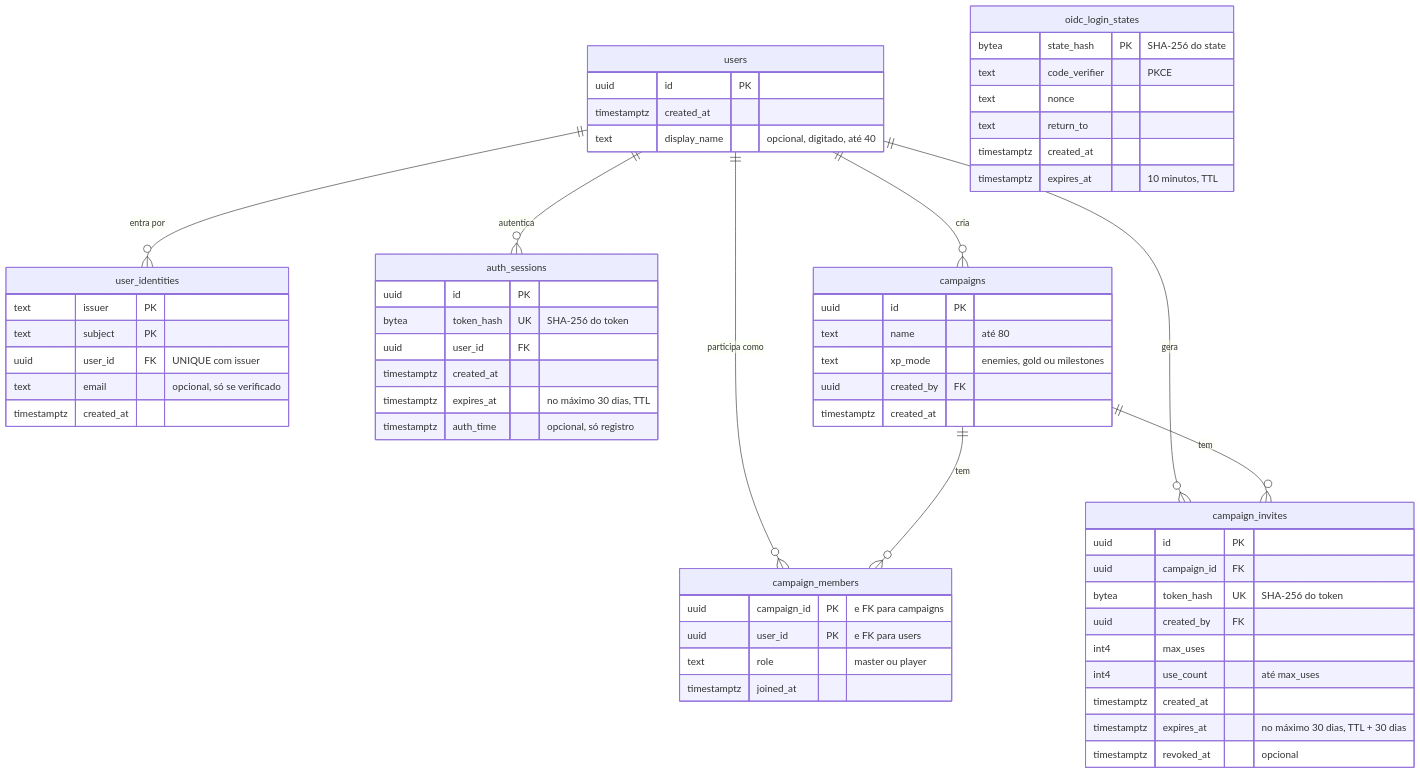
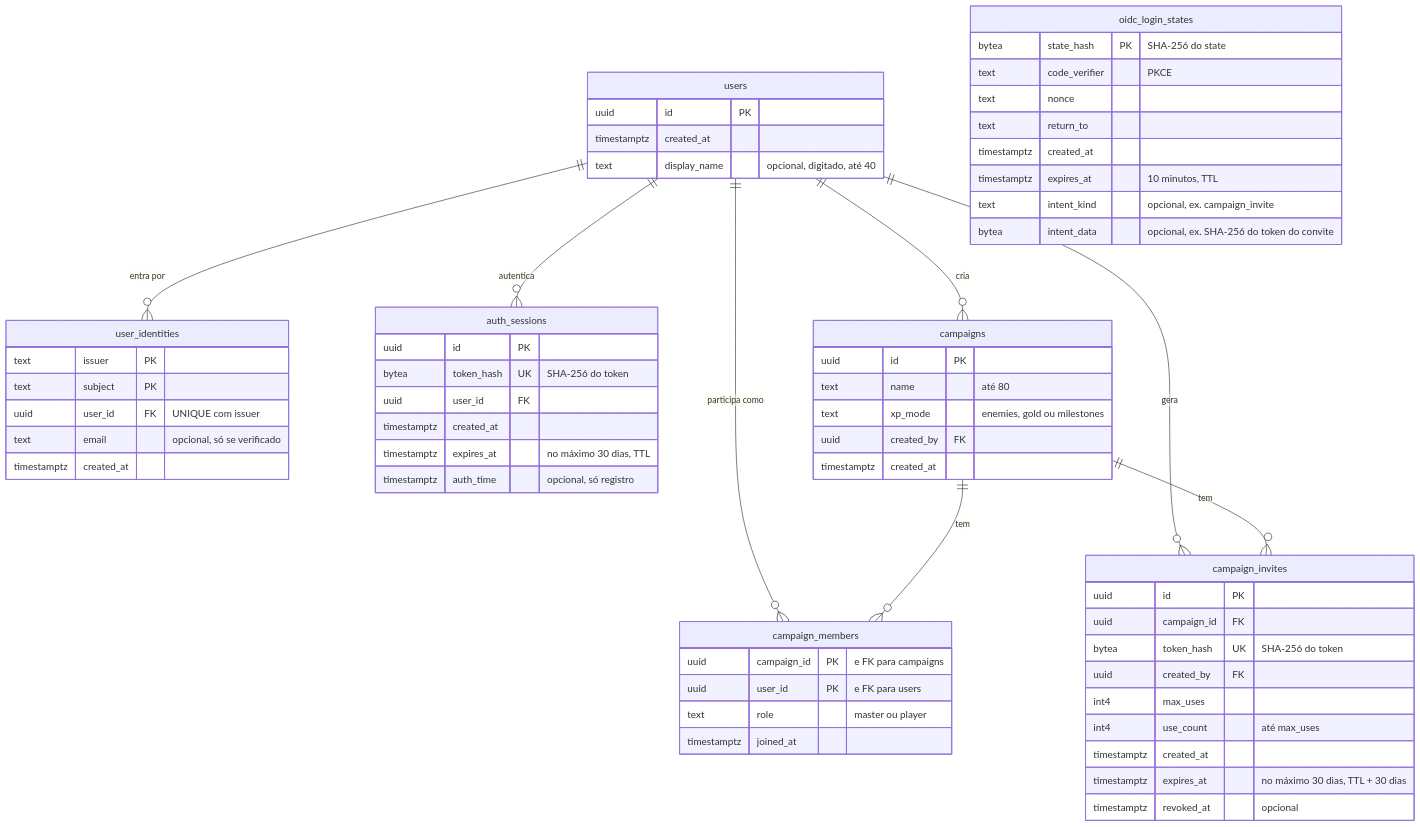
One commit to PuraFome/meuRPG changed the third of 3 diagrams in docs/dados.md. Above: the diagram before and after it, drawn with Mermaid. The commit also changed other lines of this file and 39 other files, not shown here.

````diff
--- a/docs/dados.md
+++ b/docs/dados.md
@@ -295,69 +297,71 @@
 ```mermaid
 erDiagram
     users {
         uuid id PK
         timestamptz created_at
         text display_name "opcional, digitado, até 40"
     }
 
     user_identities {
         text issuer PK
         text subject PK
         uuid user_id FK "UNIQUE com issuer"
         text email "opcional, só se verificado"
         timestamptz created_at
     }
 
     auth_sessions {
         uuid id PK
         bytea token_hash UK "SHA-256 do token"
         uuid user_id FK
         timestamptz created_at
         timestamptz expires_at "no máximo 30 dias, TTL"
         timestamptz auth_time "opcional, só registro"
     }
 
     oidc_login_states {
         bytea state_hash PK "SHA-256 do state"
         text code_verifier "PKCE"
         text nonce
         text return_to
         timestamptz created_at
         timestamptz expires_at "10 minutos, TTL"
+        text intent_kind "opcional, ex. campaign_invite"
+        bytea intent_data "opcional, ex. SHA-256 do token do convite"
     }
 
     campaigns {
         uuid id PK
         text name "até 80"
         text xp_mode "enemies, gold ou milestones"
         uuid created_by FK
         timestamptz created_at
     }
 
     campaign_members {
         uuid campaign_id PK "e FK para campaigns"
         uuid user_id PK "e FK para users"
         text role "master ou player"
         timestamptz joined_at
     }
 
     campaign_invites {
         uuid id PK
         uuid campaign_id FK
         bytea token_hash UK "SHA-256 do token"
         uuid created_by FK
         int4 max_uses
         int4 use_count "até max_uses"
         timestamptz created_at
         timestamptz expires_at "no máximo 30 dias, TTL + 30 dias"
         timestamptz revoked_at "opcional"
     }
 
     users ||--o{ user_identities : "entra por"
     users ||--o{ auth_sessions : "autentica"
     users ||--o{ campaigns : "cria"
     users ||--o{ campaign_members : "participa como"
     users ||--o{ campaign_invites : "gera"
     campaigns ||--o{ campaign_members : "tem"
     campaigns ||--o{ campaign_invites : "tem"
 ```
````
